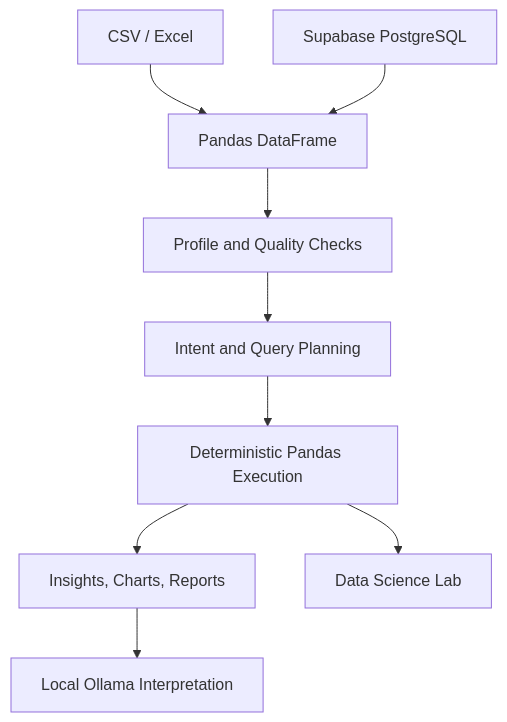
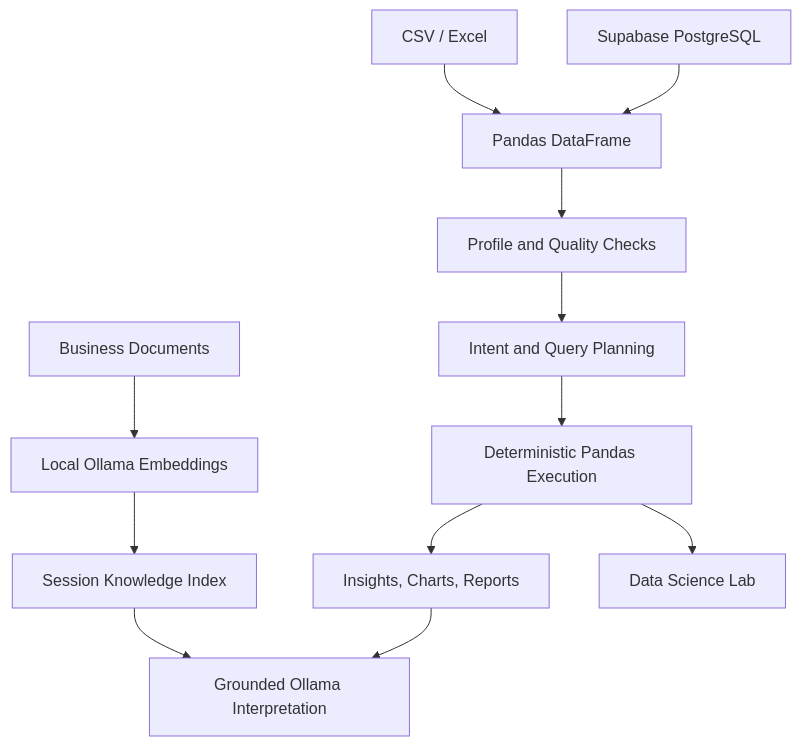
Before and after one commit to NayamSoni/datasense-ai: the diagram in README.md, drawn with Mermaid. The commit also changed other lines of this file and 15 other files, not shown here.

````diff
--- a/README.md
+++ b/README.md
@@ -78,11 +92,14 @@
 ```mermaid
 flowchart TD
     A[CSV / Excel] --> C[Pandas DataFrame]
     B[Supabase PostgreSQL] --> C
+    J[Business Documents] --> K[Local Ollama Embeddings]
+    K --> L[Session Knowledge Index]
     C --> D[Profile and Quality Checks]
     D --> E[Intent and Query Planning]
     E --> F[Deterministic Pandas Execution]
     F --> G[Insights, Charts, Reports]
     F --> H[Data Science Lab]
-    G --> I[Local Ollama Interpretation]
+    L --> I[Grounded Ollama Interpretation]
+    G --> I
 ```
````
